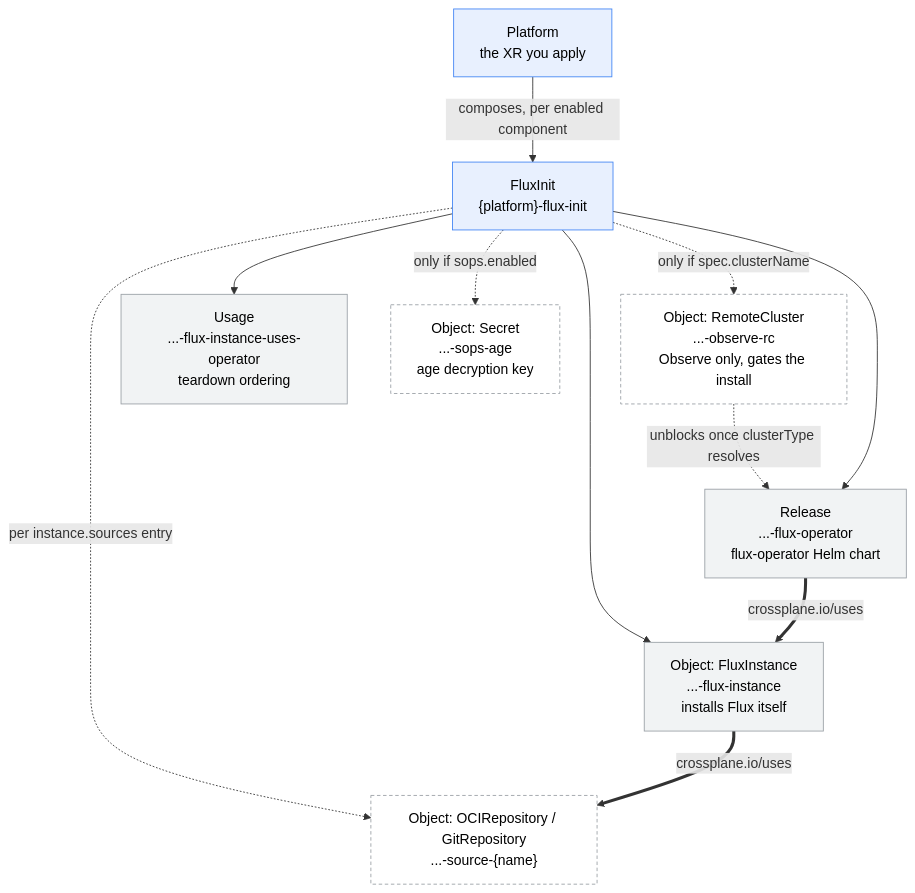
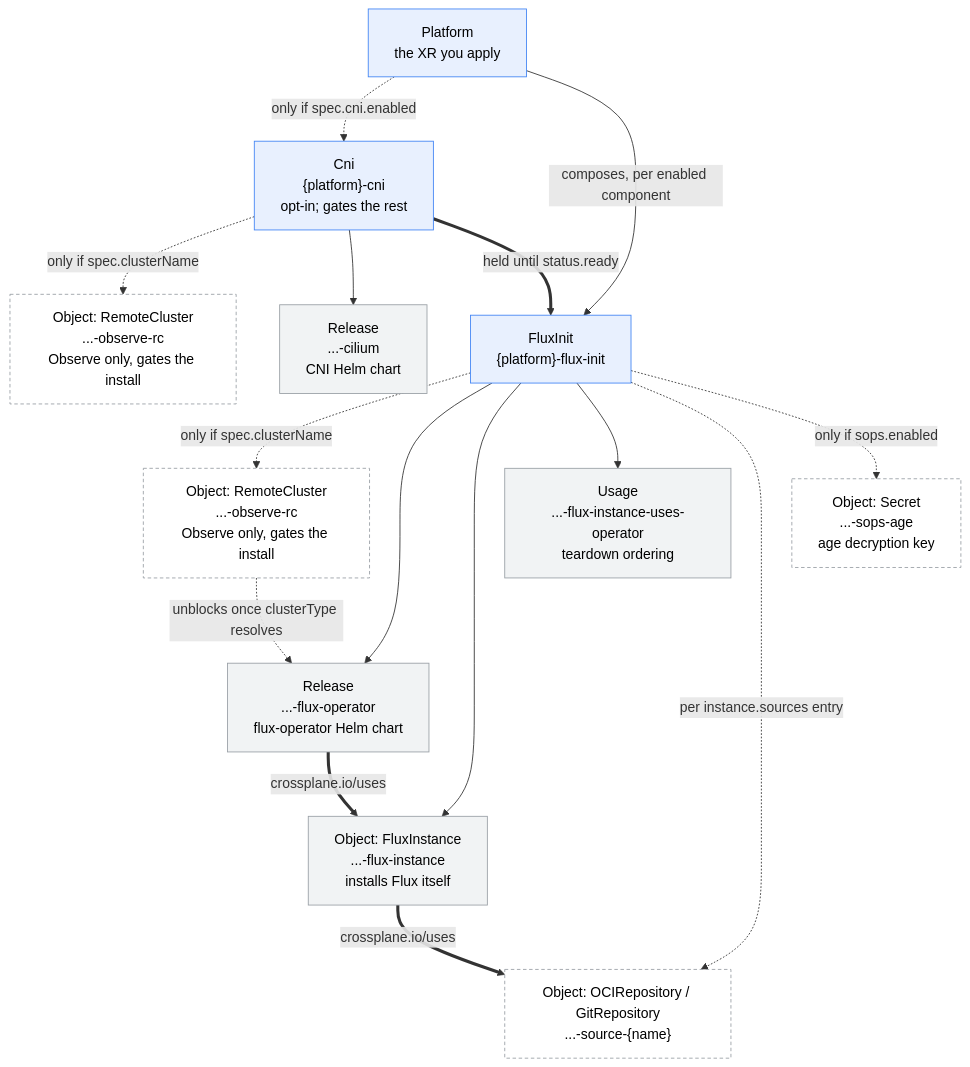
The diagram in bootstrap/platform/README.md (stuttgart-things/crossplane-configurations), drawn with Mermaid before and after one commit. The commit also changed other lines of this file and 17 other files, not shown here.

````diff
--- a/bootstrap/platform/README.md
+++ b/bootstrap/platform/README.md
@@ -15,30 +15,38 @@
 ```mermaid
 flowchart TD
     P["Platform<br/>the XR you apply"]
+    C["Cni<br/>{platform}-cni<br/>opt-in; gates the rest"]
     F["FluxInit<br/>{platform}-flux-init"]
+
+    CRC["Object: RemoteCluster<br/>...-observe-rc<br/>Observe only, gates the install"]
+    CR["Release<br/>...-cilium<br/>CNI Helm chart"]
 
     RC["Object: RemoteCluster<br/>...-observe-rc<br/>Observe only, gates the install"]
     R["Release<br/>...-flux-operator<br/>flux-operator Helm chart"]
     I["Object: FluxInstance<br/>...-flux-instance<br/>installs Flux itself"]
     U["Usage<br/>...-flux-instance-uses-operator<br/>teardown ordering"]
     S["Object: OCIRepository / GitRepository<br/>...-source-{name}"]
     SA["Object: Secret<br/>...-sops-age<br/>age decryption key"]
 
+    P -.->|"only if spec.cni.enabled"| C
+    C -.->|"only if spec.clusterName"| CRC
+    C --> CR
+    C ==>|"held until status.ready"| F
     P -->|"composes, per enabled component"| F
     F -.->|"only if spec.clusterName"| RC
     RC -.->|"unblocks once clusterType resolves"| R
     F --> R
     F --> I
     F --> U
     F -.->|"per instance.sources entry"| S
     F -.->|"only if sops.enabled"| SA
     R ==>|"crossplane.io/uses"| I
     I ==>|"crossplane.io/uses"| S
 
     classDef xr fill:#e8f0fe,stroke:#4285f4,color:#000
     classDef mr fill:#f1f3f4,stroke:#9aa0a6,color:#000
     classDef opt fill:#ffffff,stroke:#9aa0a6,stroke-dasharray:4 3,color:#000
-    class P,F xr
-    class R,I,U mr
-    class RC,S,SA opt
+    class P,C,F xr
+    class R,I,U,CR mr
+    class RC,S,SA,CRC opt
 ```
````
